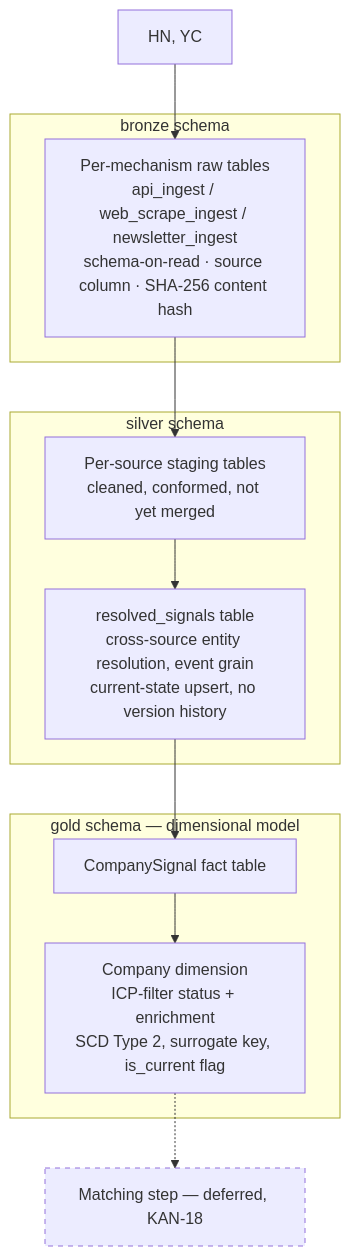
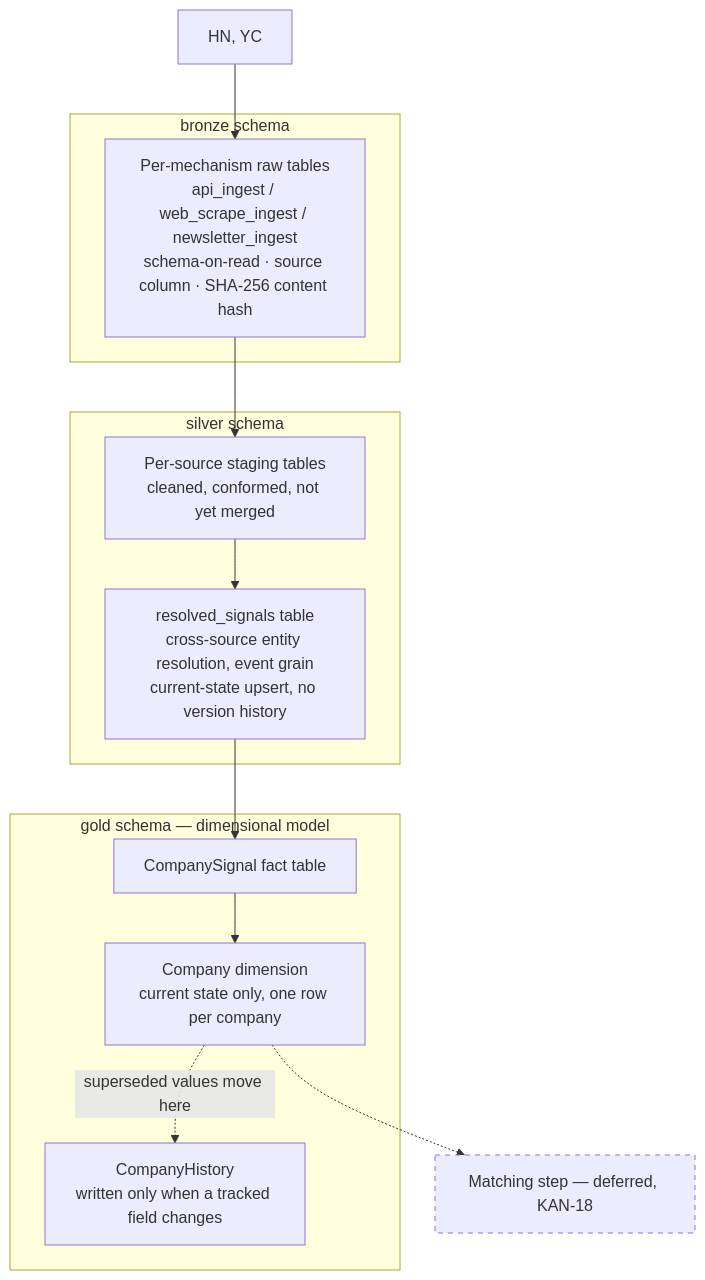
Before and after one commit to KhaledAwashreh/Huginn: the second of 4 diagrams in Huginn Arch Dcument.md, drawn with Mermaid. The commit also changed other lines of this file and 4 other files, not shown here.

First line of the commit message:
Split Gold's Company into current-state + CompanyHistory (ADR-0002)

````diff
--- a/Huginn Arch Dcument.md
+++ b/Huginn Arch Dcument.md
@@ -90,29 +90,31 @@
 ```mermaid
 flowchart TB
     SRC["HN, YC"]
 
     subgraph BRONZE["bronze schema"]
         BR["Per-mechanism raw tables<br/>api_ingest / web_scrape_ingest / newsletter_ingest<br/>schema-on-read · source column · SHA-256 content hash"]
     end
 
     subgraph SILVER["silver schema"]
         SS["Per-source staging tables<br/>cleaned, conformed, not yet merged"]
         SR["resolved_signals table<br/>cross-source entity resolution, event grain<br/>current-state upsert, no version history"]
         SS --> SR
     end
 
     subgraph GOLD["gold schema — dimensional model"]
-        GD["Company dimension<br/>ICP-filter status + enrichment<br/>SCD Type 2, surrogate key, is_current flag"]
+        GD["Company dimension<br/>current state only, one row per company"]
+        GH["CompanyHistory<br/>written only when a tracked field changes"]
         GF["CompanySignal fact table"]
         GF --> GD
+        GD -.->|"superseded values move here"| GH
     end
 
     MATCH["Matching step — deferred, KAN-18"]
 
     SRC --> BR --> SS
     SR --> GF
     GD -.-> MATCH
 
     classDef deferred stroke-dasharray: 5 5
     class MATCH deferred
 ```
````
